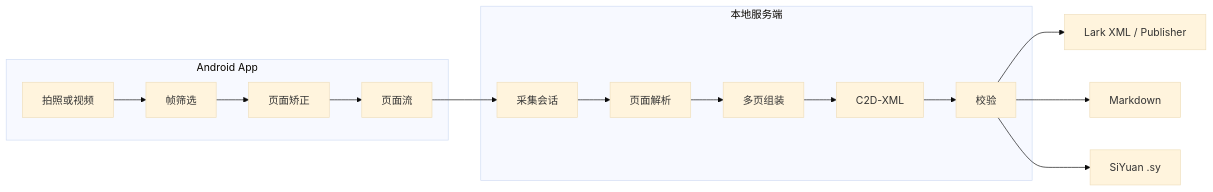
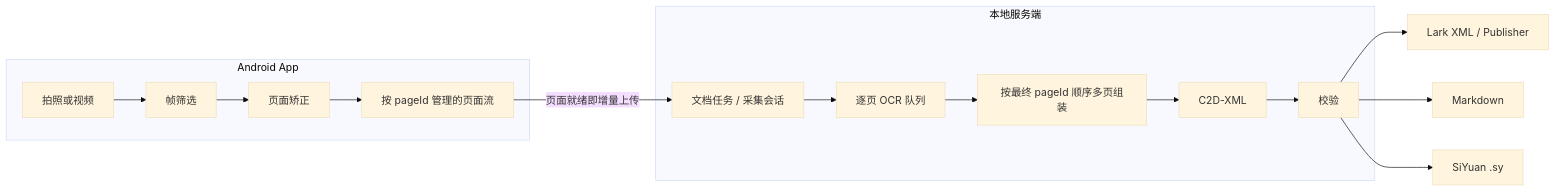
One commit to liuzijian-cs/capture2doc changed the diagram in docs/architecture.md. Above: the diagram before and after it, drawn with Mermaid (base theme). The commit also changed other lines of this file and 29 other files, not shown here.

````diff
--- a/docs/architecture.md
+++ b/docs/architecture.md
@@ -35,20 +35,20 @@
 ```mermaid
 flowchart LR
     subgraph Android[Android App]
         A[拍照或视频] --> B[帧筛选]
         B --> C[页面矫正]
-        C --> D[页面流]
+        C --> D[按 pageId 管理的页面流]
     end
 
     subgraph Server[本地服务端]
-        E[采集会话] --> F[页面解析]
-        F --> G[多页组装]
+        E[文档任务 / 采集会话] --> F[逐页 OCR 队列]
+        F --> G[按最终 pageId 顺序多页组装]
         G --> H[C2D-XML]
         H --> I[校验]
     end
 
-    D --> E
+    D -->|页面就绪即增量上传| E
     I --> J[Lark XML / Publisher]
     I --> K[Markdown]
     I --> L[SiYuan .sy]
 ```
````
